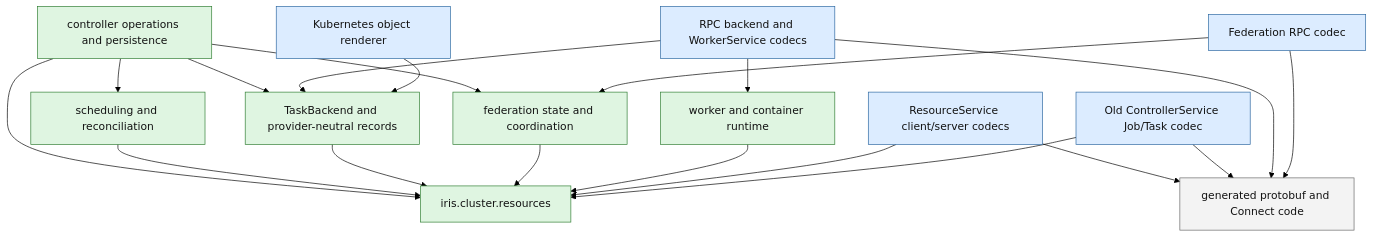
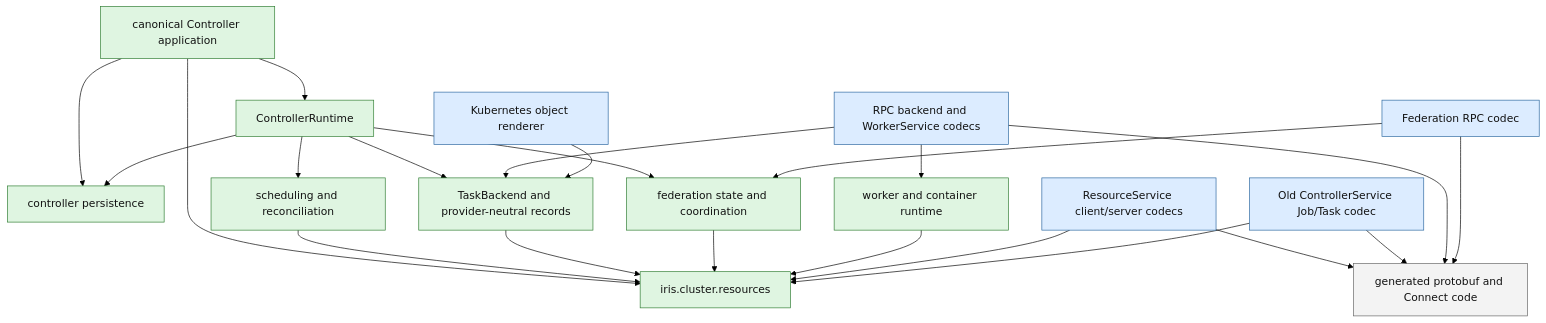
Before and after one commit to marin-community/marin: the third of 3 diagrams in .agents/projects/iris_resource_model/architecture.md, drawn with Mermaid (forest theme). The commit also changed other lines of this file and 185 other files, not shown here.

````diff
--- a/.agents/projects/iris_resource_model/architecture.md
+++ b/.agents/projects/iris_resource_model/architecture.md
@@ -155,40 +166,45 @@
 ```mermaid
 flowchart TB
     classDef domain fill:#dff5e1,stroke:#2f7d32,color:#111
     classDef adapter fill:#dcecff,stroke:#2b67a0,color:#111
     classDef external fill:#f3f3f3,stroke:#666,color:#111
 
     resources[iris.cluster.resources]:::domain
-    controller[controller operations and persistence]:::domain
+    controller[canonical Controller application]:::domain
+    controllerRuntime[ControllerRuntime]:::domain
+    persistence[controller persistence]:::domain
     scheduling[scheduling and reconciliation]:::domain
     backend[TaskBackend and provider-neutral records]:::domain
     federation[federation state and coordination]:::domain
     runtime[worker and container runtime]:::domain
 
     resourceAdapter[ResourceService client/server codecs]:::adapter
     oldAdapter[Old ControllerService Job/Task codec]:::adapter
     workerAdapter[RPC backend and WorkerService codecs]:::adapter
     k8sAdapter[Kubernetes object renderer]:::adapter
     federationAdapter[Federation RPC codec]:::adapter
     generated[generated protobuf and Connect code]:::external
 
     controller --> resources
+    controller --> persistence
+    controller --> controllerRuntime
+    controllerRuntime --> persistence
     scheduling --> resources
     backend --> resources
     federation --> resources
     runtime --> resources
-    controller --> scheduling
-    controller --> backend
-    controller --> federation
+    controllerRuntime --> scheduling
+    controllerRuntime --> backend
+    controllerRuntime --> federation
 
     resourceAdapter --> resources
     resourceAdapter --> generated
     oldAdapter --> resources
     oldAdapter --> generated
     workerAdapter --> backend
     workerAdapter --> runtime
     workerAdapter --> generated
     k8sAdapter --> backend
     federationAdapter --> federation
     federationAdapter --> generated
 ```
````
